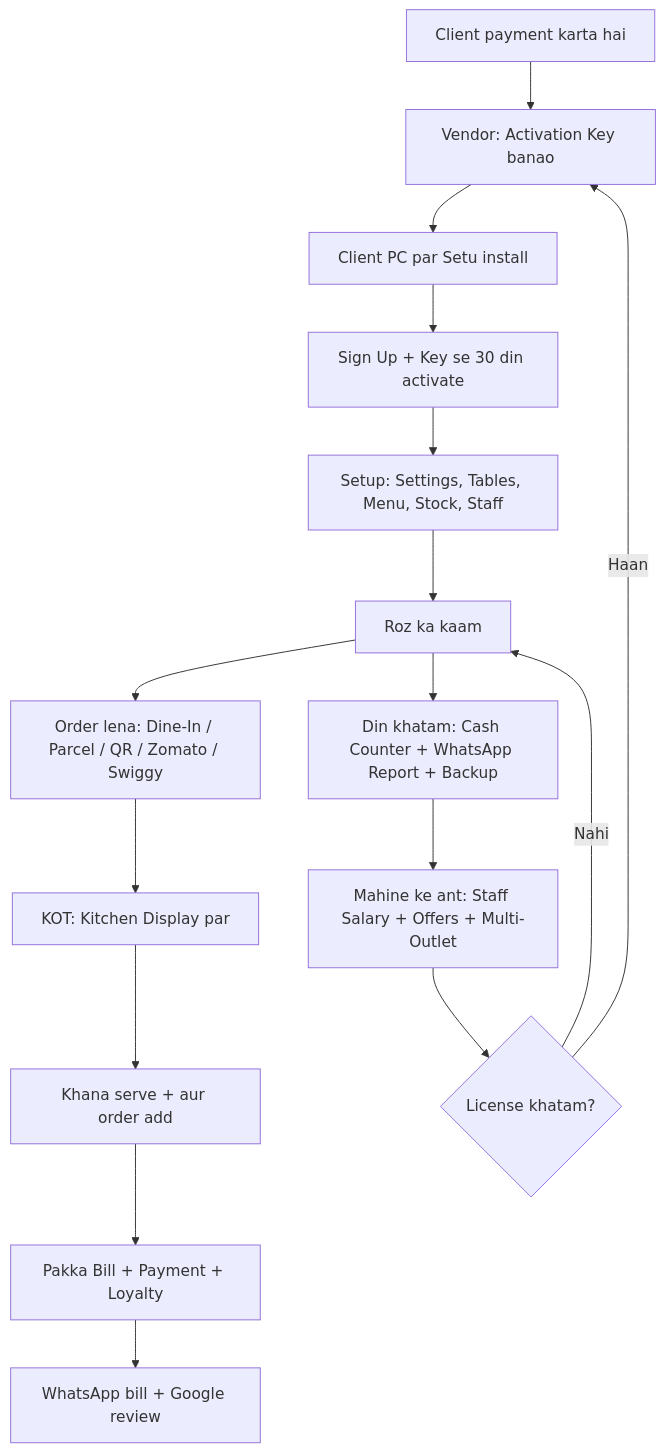
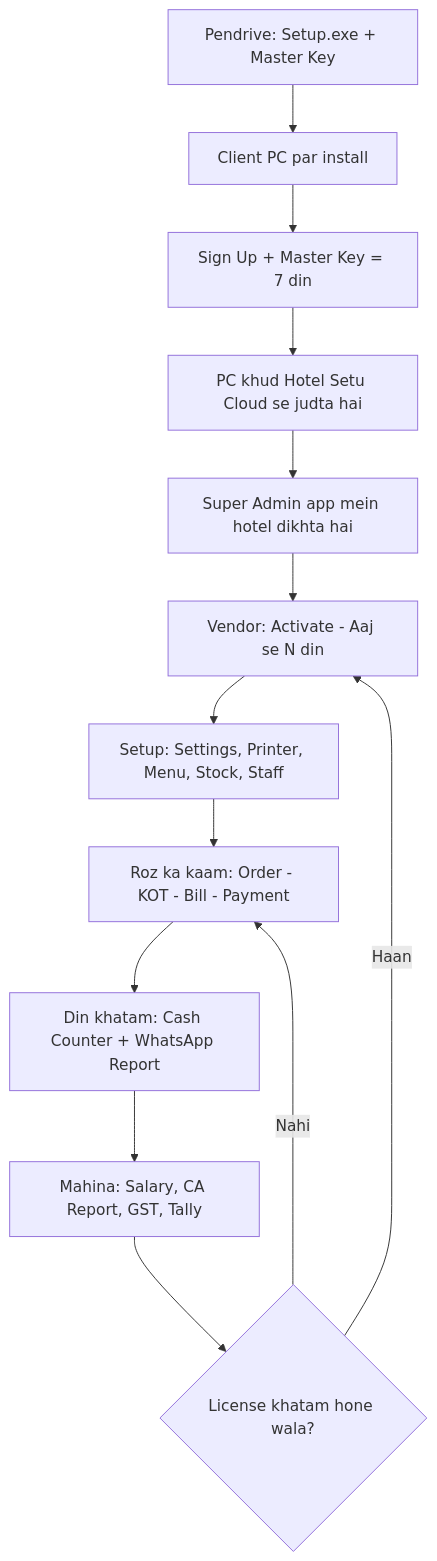
The first of 2 diagrams in WORKFLOW.md (theinkthreadhub-crypto/hotel-erp), drawn with Mermaid before and after one commit. The commit also changed other lines of this file and 3 other files, not shown here.

First line of the commit message:
WORKFLOW.md for today's Setu; keep cloud Restore on a fresh signed-up PC

````diff
--- a/WORKFLOW.md
+++ b/WORKFLOW.md
@@ -11,18 +13,15 @@
 ```mermaid
 flowchart TD
-    A[Client payment karta hai] --> B[Vendor: Activation Key banao]
-    B --> C[Client PC par Setu install]
-    C --> D[Sign Up + Key se 30 din activate]
-    D --> E[Setup: Settings, Tables, Menu, Stock, Staff]
-    E --> F[Roz ka kaam]
-    F --> F1[Order lena: Dine-In / Parcel / QR / Zomato / Swiggy]
-    F1 --> F2[KOT: Kitchen Display par]
-    F2 --> F3[Khana serve + aur order add]
-    F3 --> F4[Pakka Bill + Payment + Loyalty]
-    F4 --> F5[WhatsApp bill + Google review]
-    F --> G[Din khatam: Cash Counter + WhatsApp Report + Backup]
-    G --> H[Mahine ke ant: Staff Salary + Offers + Multi-Outlet]
-    H --> I{License khatam?}
-    I -- Haan --> B
-    I -- Nahi --> F
+    A[Pendrive: Setup.exe + Master Key] --> B[Client PC par install]
+    B --> C[Sign Up + Master Key = 7 din]
+    C --> D[PC khud Hotel Setu Cloud se judta hai]
+    D --> E[Super Admin app mein hotel dikhta hai]
+    E --> F[Vendor: Activate - Aaj se N din]
+    F --> G[Setup: Settings, Printer, Menu, Stock, Staff]
+    G --> H[Roz ka kaam: Order - KOT - Bill - Payment]
+    H --> I[Din khatam: Cash Counter + WhatsApp Report]
+    I --> J[Mahina: Salary, CA Report, GST, Tally]
+    J --> K{License khatam hone wala?}
+    K -- Haan --> F
+    K -- Nahi --> H
 ```
````
